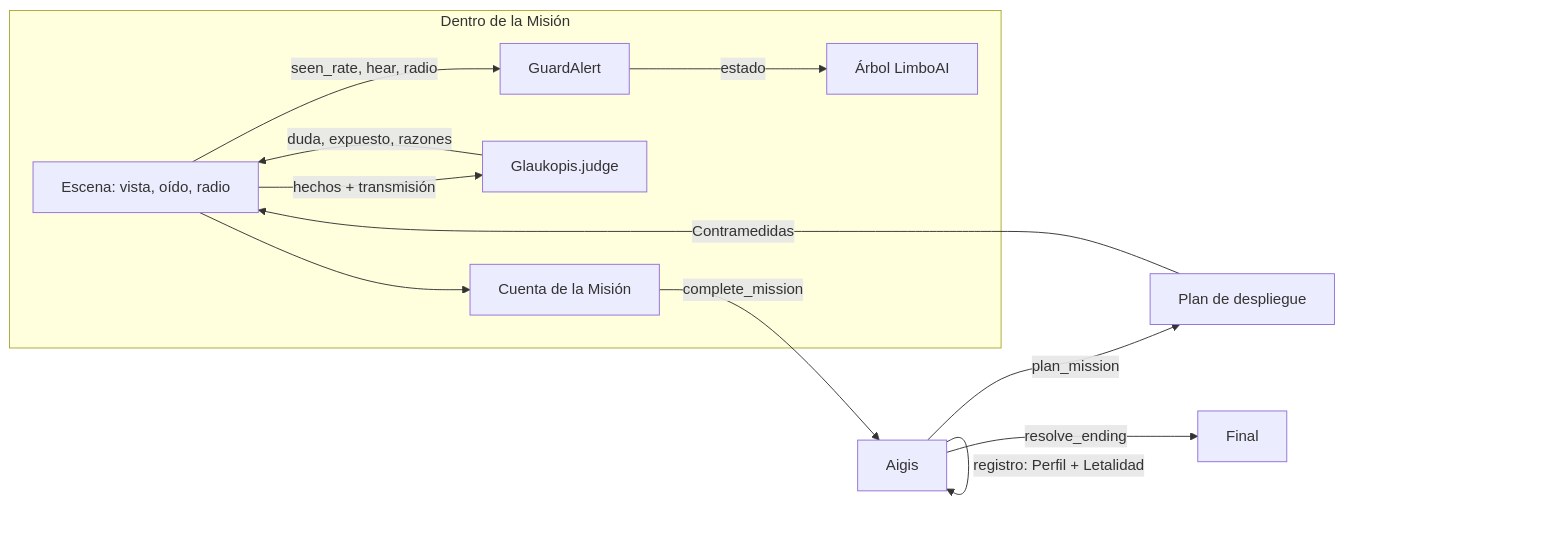
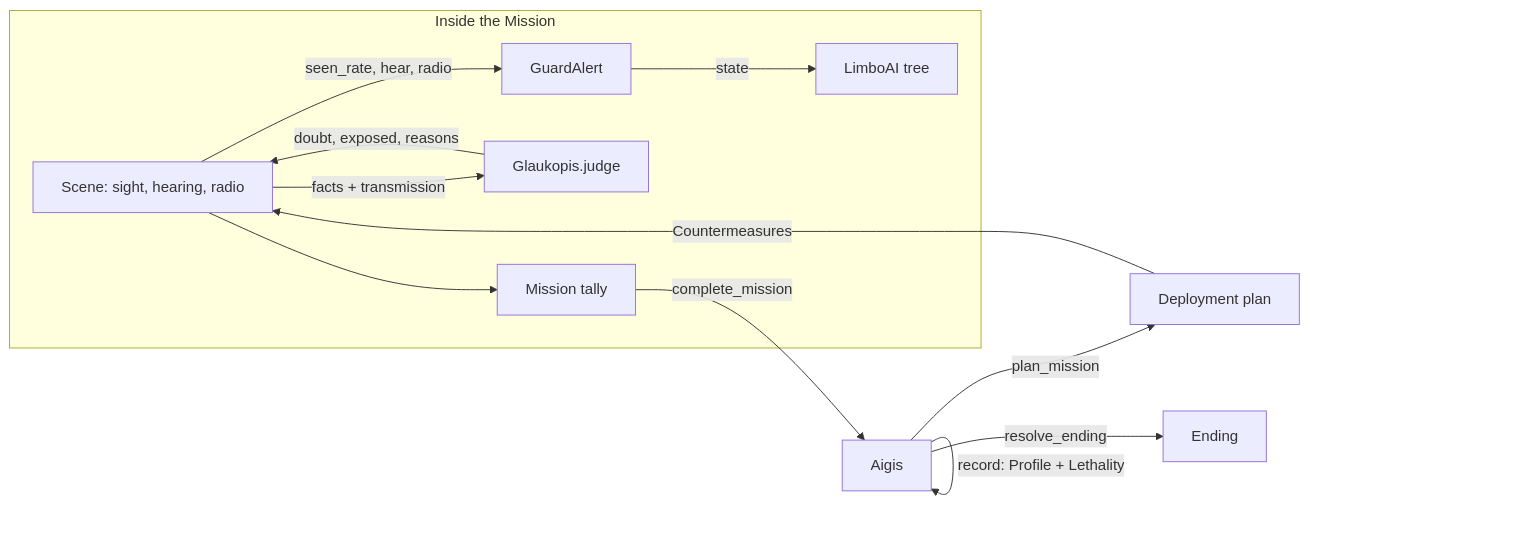
One commit to CamiloParraS/codename-DORO changed the first of 3 diagrams in docs/writeup.md. Above: the diagram before and after it, drawn with Mermaid. The commit also changed other lines of this file, not shown here.

````diff
--- a/docs/writeup.md
+++ b/docs/writeup.md
@@ -23,15 +23,15 @@
 ```mermaid
 flowchart LR
-  subgraph Mision[Dentro de la Misión]
-    E[Escena: vista, oído, radio] -->|seen_rate, hear, radio| A[GuardAlert]
-    A -->|estado| BT[Árbol LimboAI]
-    E -->|hechos + transmisión| G[Glaukopis.judge]
-    G -->|duda, expuesto, razones| E
-    E --> T[Cuenta de la Misión]
+  subgraph Mision[Inside the Mission]
+    E[Scene: sight, hearing, radio] -->|seen_rate, hear, radio| A[GuardAlert]
+    A -->|state| BT[LimboAI tree]
+    E -->|facts + transmission| G[Glaukopis.judge]
+    G -->|doubt, exposed, reasons| E
+    E --> T[Mission tally]
   end
   T -->|complete_mission| AI[Aigis]
-  AI -->|registro: Perfil + Letalidad| AI
-  AI -->|plan_mission| P[Plan de despliegue]
-  P -->|Contramedidas| E
-  AI -->|resolve_ending| F[Final]
+  AI -->|record: Profile + Lethality| AI
+  AI -->|plan_mission| P[Deployment plan]
+  P -->|Countermeasures| E
+  AI -->|resolve_ending| F[Ending]
 ```
````
